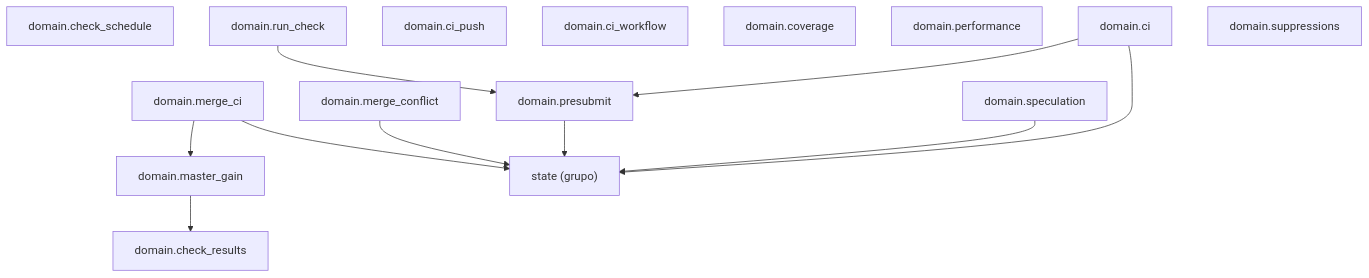
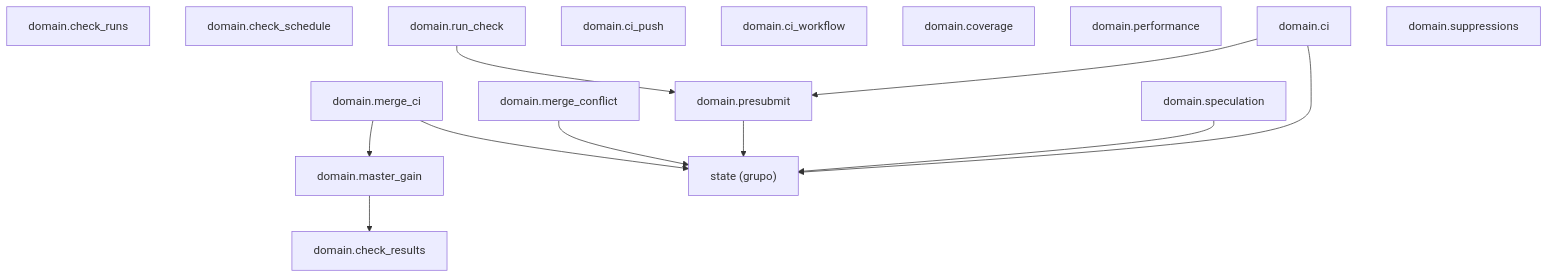
Before and after one commit to GonzaloZevallos/agentic-system: the diagram in docs/architecture/generated/packages-process-domain-checks.md, drawn with Mermaid. The commit also changed 6 other files, not shown here.

````diff
--- a/docs/architecture/generated/packages-process-domain-checks.md
+++ b/docs/architecture/generated/packages-process-domain-checks.md
@@ -11,27 +11,28 @@
 ```mermaid
 graph TD
     g_domain__state["state (grupo)"]
     m_domain__check_results["domain.check_results"]
+    m_domain__check_runs["domain.check_runs"]
     m_domain__check_schedule["domain.check_schedule"]
     m_domain__ci["domain.ci"]
     m_domain__ci_push["domain.ci_push"]
     m_domain__ci_workflow["domain.ci_workflow"]
     m_domain__coverage["domain.coverage"]
     m_domain__master_gain["domain.master_gain"]
     m_domain__merge_ci["domain.merge_ci"]
     m_domain__merge_conflict["domain.merge_conflict"]
     m_domain__performance["domain.performance"]
     m_domain__presubmit["domain.presubmit"]
     m_domain__run_check["domain.run_check"]
     m_domain__speculation["domain.speculation"]
     m_domain__suppressions["domain.suppressions"]
     m_domain__ci --> g_domain__state
     m_domain__ci --> m_domain__presubmit
     m_domain__master_gain --> m_domain__check_results
     m_domain__merge_ci --> g_domain__state
     m_domain__merge_ci --> m_domain__master_gain
     m_domain__merge_conflict --> g_domain__state
     m_domain__presubmit --> g_domain__state
     m_domain__run_check --> m_domain__presubmit
     m_domain__speculation --> g_domain__state
 ```
````
